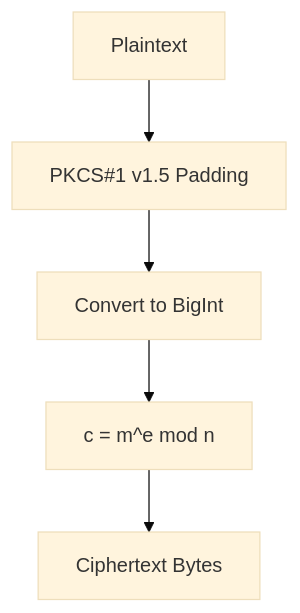
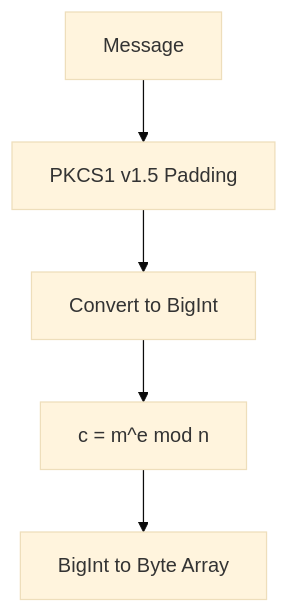
Before and after one commit to Ylianst/MeshCentral: the third of 5 diagrams in docs/reference/architecture/crypto-components/crypto-components.md, drawn with Mermaid (base theme). The commit also changed other lines of this file and 642 other files, not shown here.

````diff
--- a/docs/reference/architecture/crypto-components/crypto-components.md
+++ b/docs/reference/architecture/crypto-components/crypto-components.md
@@ -267,7 +156,7 @@
 ```mermaid
 flowchart TD
-    Message["Plaintext"] --> Pad["PKCS#1 v1.5 Padding"]
-    Pad --> ToBigInt["Convert to BigInt"]
-    ToBigInt --> ModPowEnc["c = m^e mod n"]
-    ModPowEnc --> Cipher["Ciphertext Bytes"]
+    Msg["Message"] --> Pad["PKCS1 v1.5 Padding"]
+    Pad --> ToInt["Convert to BigInt"]
+    ToInt --> ModExp["c = m^e mod n"]
+    ModExp --> Bytes["BigInt to Byte Array"]
 ```
````
